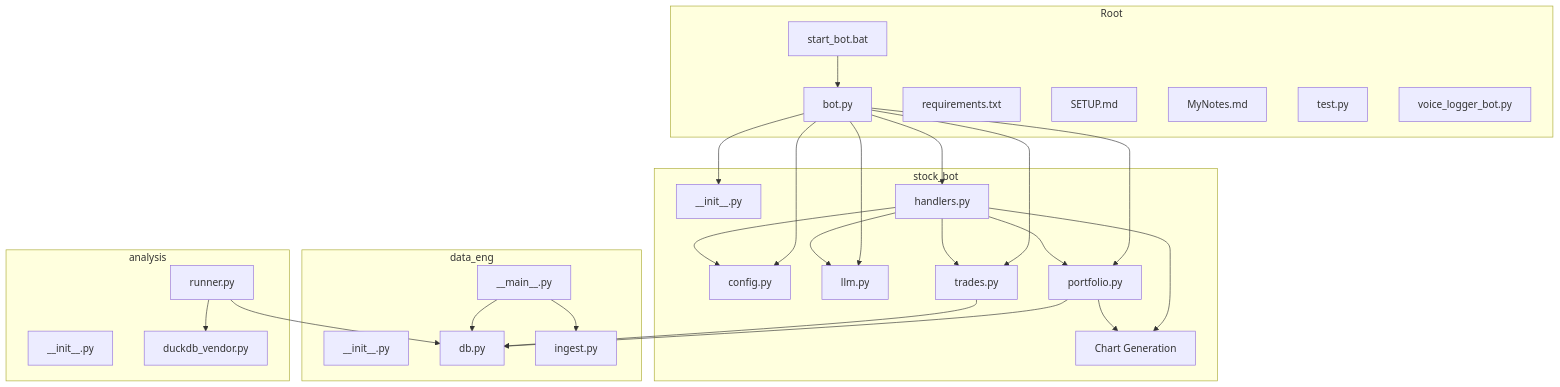
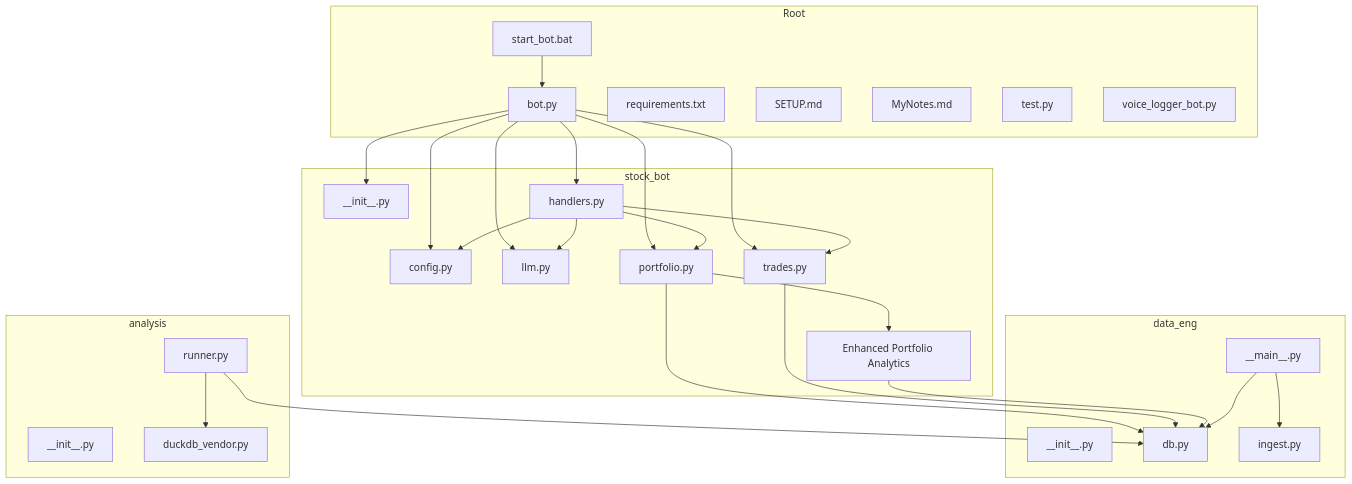
One commit to ZengSeng/telegram-bot changed the first of 7 diagrams in .qoder/repowiki/en/content/Core Components/Stock Trading Bot.md. Above: the diagram before and after it, drawn with Mermaid. The commit also changed other lines of this file and 10 other files, not shown here.

````diff
--- a/.qoder/repowiki/en/content/Core Components/Stock Trading Bot.md
+++ b/.qoder/repowiki/en/content/Core Components/Stock Trading Bot.md
@@ -68,51 +72,51 @@
 ```mermaid
 graph TB
 subgraph "Root"
 BOT["bot.py"]
 REQ["requirements.txt"]
 SETUP["SETUP.md"]
 NOTES["MyNotes.md"]
 TEST["test.py"]
 VOICE["voice_logger_bot.py"]
 STARTBAT["start_bot.bat"]
 end
 subgraph "stock_bot"
 SB_INIT["__init__.py"]
 CFG["config.py"]
 HND["handlers.py"]
 LLM["llm.py"]
 PORTFOLIO["portfolio.py"]
 TRADES["trades.py"]
-CHARTS["Chart Generation"]
+PORTFOLIO_ENHANCED["Enhanced Portfolio Analytics"]
 end
 subgraph "data_eng"
 DE_INIT["__init__.py"]
 DE_MAIN["__main__.py"]
 DB["db.py"]
 INGEST["ingest.py"]
 end
 subgraph "analysis"
 AN_INIT["__init__.py"]
 DUCK["duckdb_vendor.py"]
 RUN["runner.py"]
 end
 BOT --> SB_INIT
 BOT --> HND
 BOT --> CFG
 BOT --> LLM
 BOT --> PORTFOLIO
 BOT --> TRADES
 HND --> PORTFOLIO
 HND --> TRADES
 HND --> LLM
 HND --> CFG
-HND --> CHARTS
+PORTFOLIO --> PORTFOLIO_ENHANCED
 PORTFOLIO --> DB
 TRADES --> DB
-PORTFOLIO --> CHARTS
+PORTFOLIO_ENHANCED --> DB
 DE_MAIN --> INGEST
 DE_MAIN --> DB
 RUN --> DUCK
 RUN --> DB
 STARTBAT --> BOT
 ```
````
